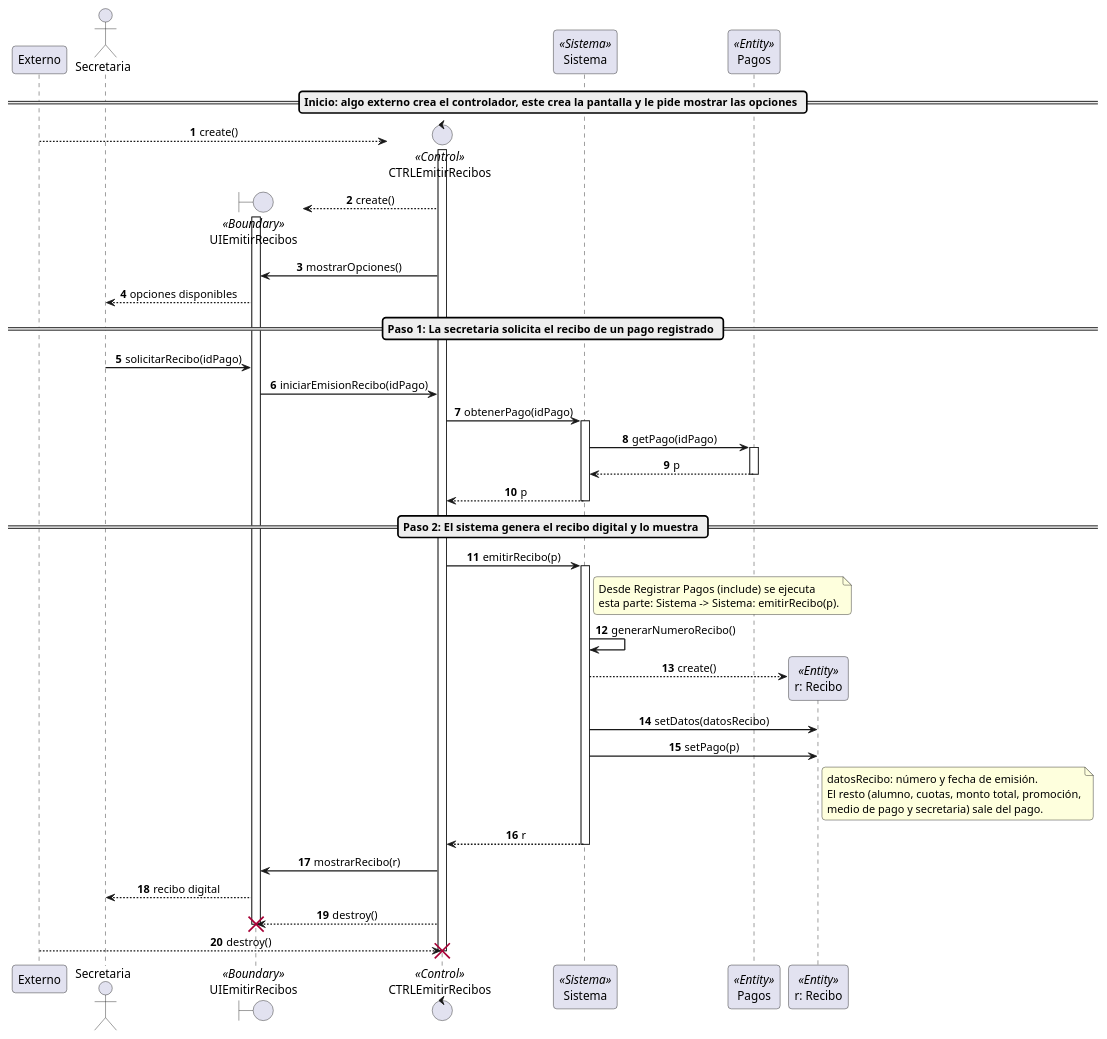
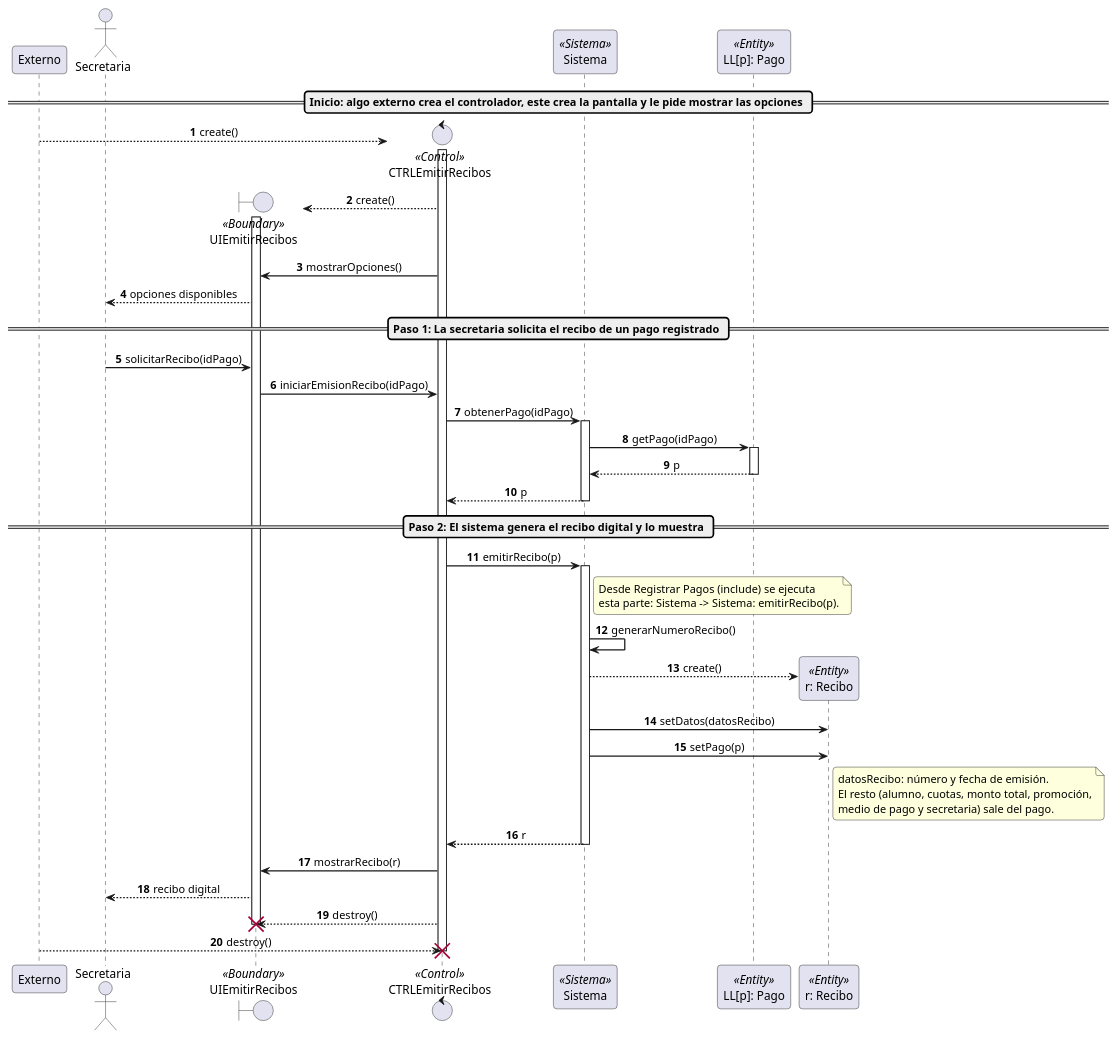
Before and after one commit to sandobaitt/TpDiseno: the diagram in tpi2/02-realizacion-cu/4b_secuencia_emitir_recibos.puml, drawn with PlantUML. The commit also changed 13 other files, not shown here.

Commit message:
refactor: update payment realization diagrams and documentation with enum types and notation rules

```diff
--- a/tpi2/02-realizacion-cu/4b_secuencia_emitir_recibos.puml
+++ b/tpi2/02-realizacion-cu/4b_secuencia_emitir_recibos.puml
@@ -1,88 +1,88 @@
 @startuml 4b_secuencia_emitir_recibos
 !pragma layout smetana
 autonumber
 skinparam shadowing false
 skinparam roundcorner 8
 skinparam sequenceArrowThickness 1.5
 skinparam sequenceMessageAlign center
 skinparam responseMessageBelowArrow true
 
 ' ==============================================================================
 ' REALIZACIÓN DEL CASO DE USO INCLUIDO: Emitir Recibos
 ' Lo incluye Registrar Pagos (paso 12), que lo referencia con un ref.
 ' Sistema SquatGym - Cátedra: Diseño de Sistemas (DSI 2026) - TPI, segunda entrega
 '
 ' - Solo camino estándar (actor: Secretaria).
 ' - Cuando lo incluye Registrar Pagos no interviene la secretaria: el Sistema recibe
 '   el pago ya registrado y ejecuta directamente emitirRecibo(p) (paso 2).
 ' - Alta de la entidad: create() y después los sets, siempre desde el Sistema.
 ' - Inicio y fin: un participante Externo (algo ajeno al CU) le manda create() al CTRL; el CTRL
 '   crea la UI y le pide mostrarOpciones(). Al final el CTRL destruye la UI y el Externo destruye al CTRL.
 ' ==============================================================================
 
 participant "Externo" as Externo
 actor "Secretaria" as Actor
 boundary "UIEmitirRecibos" as UI <<Boundary>>
 control "CTRLEmitirRecibos" as CTRLCU <<Control>>
 participant "Sistema" as Sistema <<Sistema>>
-participant "Pagos" as Pagos <<Entity>>
+participant "LL[p]: Pago" as LLP <<Entity>>
 participant "r: Recibo" as Recibo <<Entity>>
 
 == Inicio: algo externo crea el controlador, este crea la pantalla y le pide mostrar las opciones ==
 create CTRLCU
 Externo --> CTRLCU: create()
 activate CTRLCU
 create UI
 CTRLCU --> UI: create()
 activate UI
 CTRLCU -> UI: mostrarOpciones()
 UI --> Actor: opciones disponibles
 
 == Paso 1: La secretaria solicita el recibo de un pago registrado ==
 Actor -> UI: solicitarRecibo(idPago)
 UI -> CTRLCU: iniciarEmisionRecibo(idPago)
 
 CTRLCU -> Sistema: obtenerPago(idPago)
 activate Sistema
 ' Búsqueda indexada: un objeto puntual conocido por su id
-Sistema -> Pagos: getPago(idPago)
-activate Pagos
-Pagos --> Sistema: p
-deactivate Pagos
+Sistema -> LLP: getPago(idPago)
+activate LLP
+LLP --> Sistema: p
+deactivate LLP
 Sistema --> CTRLCU: p
 deactivate Sistema
 
 == Paso 2: El sistema genera el recibo digital y lo muestra ==
 CTRLCU -> Sistema: emitirRecibo(p)
 activate Sistema
 
 note right of Sistema
   Desde Registrar Pagos (include) se ejecuta
   esta parte: Sistema -> Sistema: emitirRecibo(p).
 end note
 
 Sistema -> Sistema: generarNumeroRecibo()
 
 create Recibo
 Sistema --> Recibo: create()
 Sistema -> Recibo: setDatos(datosRecibo)
 Sistema -> Recibo: setPago(p)
 
 note right of Recibo
   datosRecibo: número y fecha de emisión.
   El resto (alumno, cuotas, monto total, promoción,
   medio de pago y secretaria) sale del pago.
 end note
 
 Sistema --> CTRLCU: r
 deactivate Sistema
 
 CTRLCU -> UI: mostrarRecibo(r)
 UI --> Actor: recibo digital
 
 CTRLCU --> UI: destroy()
 destroy UI
 Externo --> CTRLCU: destroy()
 destroy CTRLCU
 
 @enduml
```
